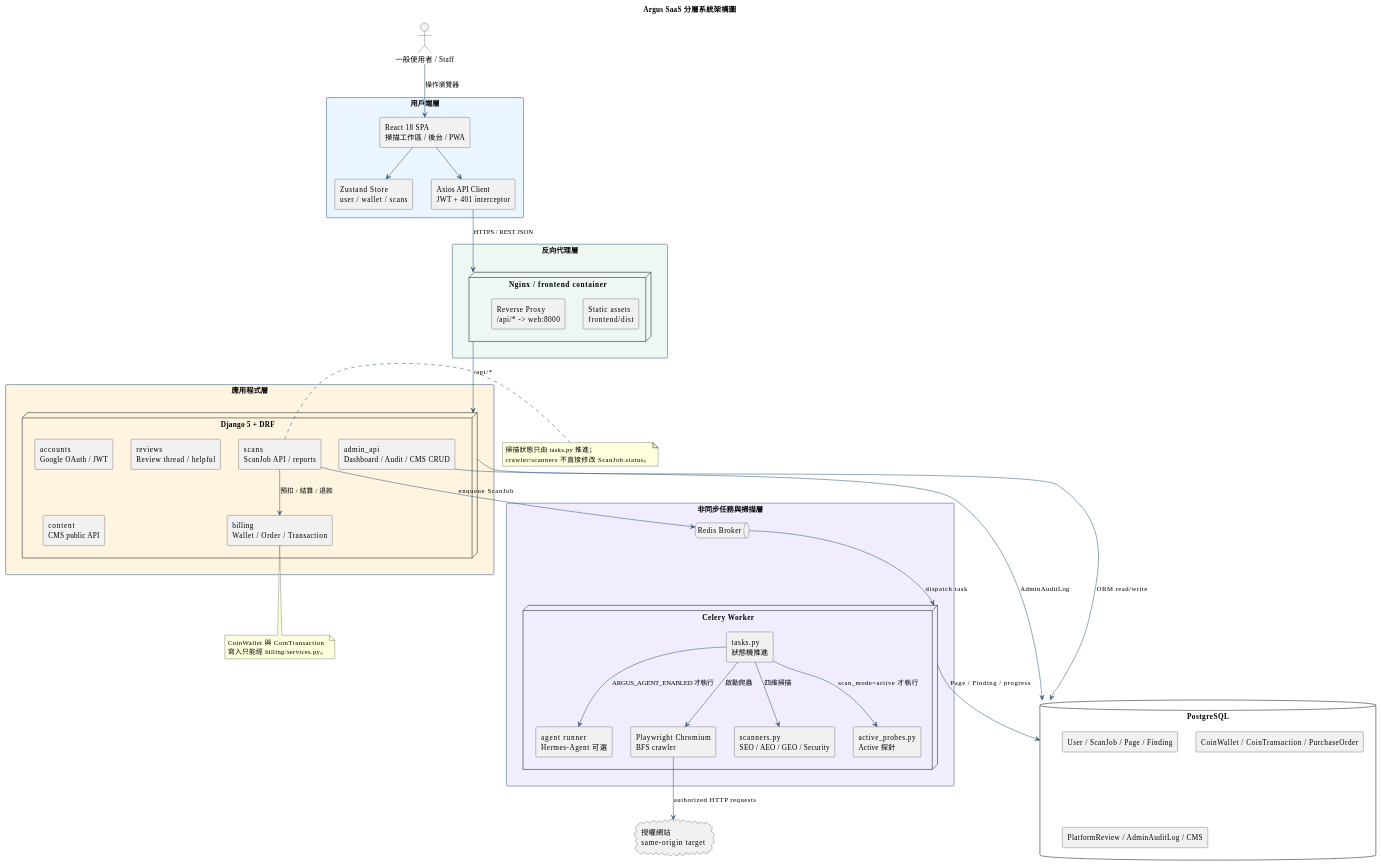
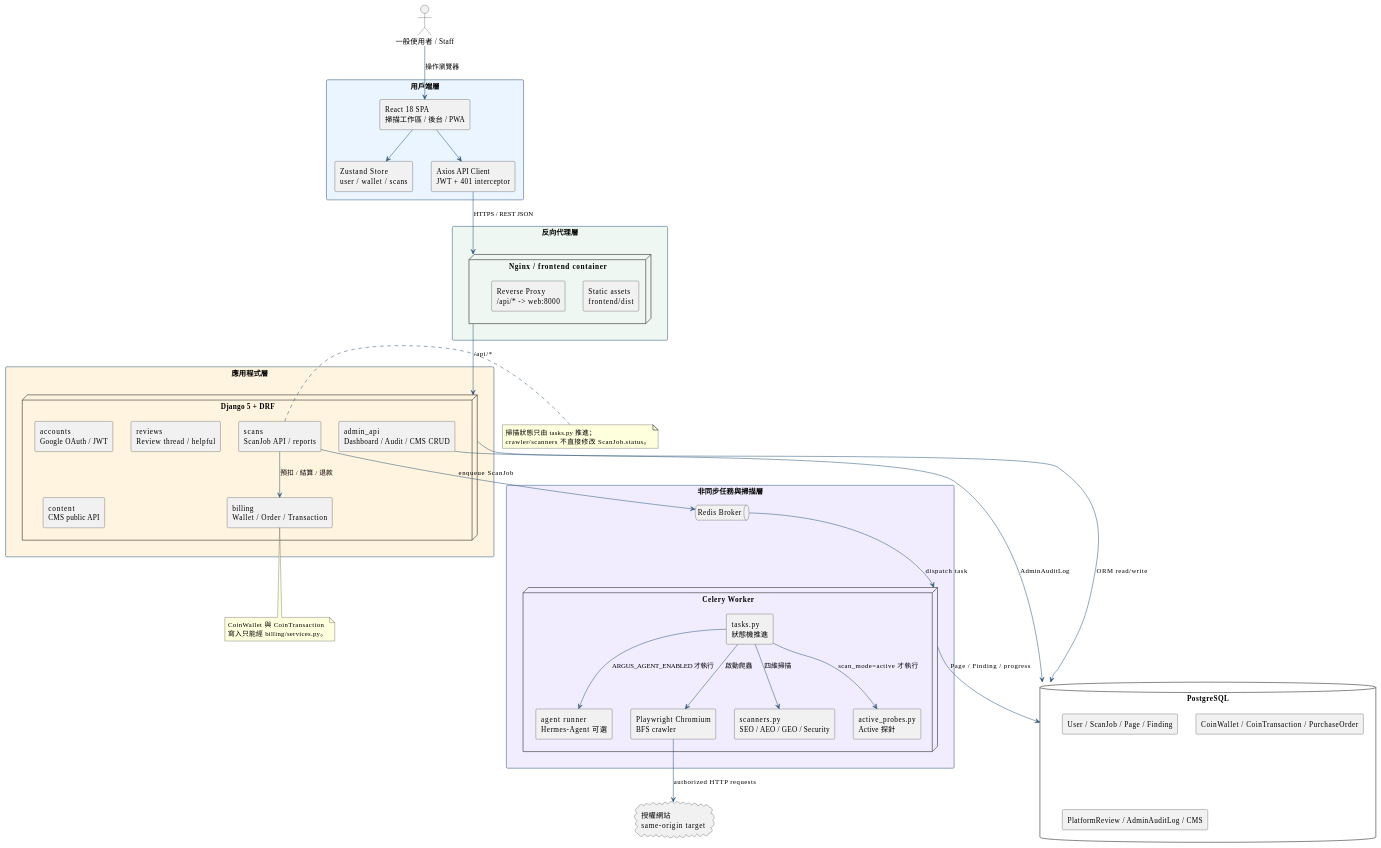
The first of 13 diagrams in PlantUML.md (Djude1/Argus), drawn with PlantUML before and after one commit. The commit also changed other lines of this file, not shown here.

First line of the commit message:
fix: remove PlantUML title directives for compatibility

````diff
--- a/PlantUML.md
+++ b/PlantUML.md
@@ -7,6 +7,5 @@
 ```plantuml
 @startuml
-title Argus SaaS 分層系統架構圖
 skinparam shadowing false
 skinparam componentStyle rectangle
 skinparam defaultFontName Microsoft JhengHei
````
